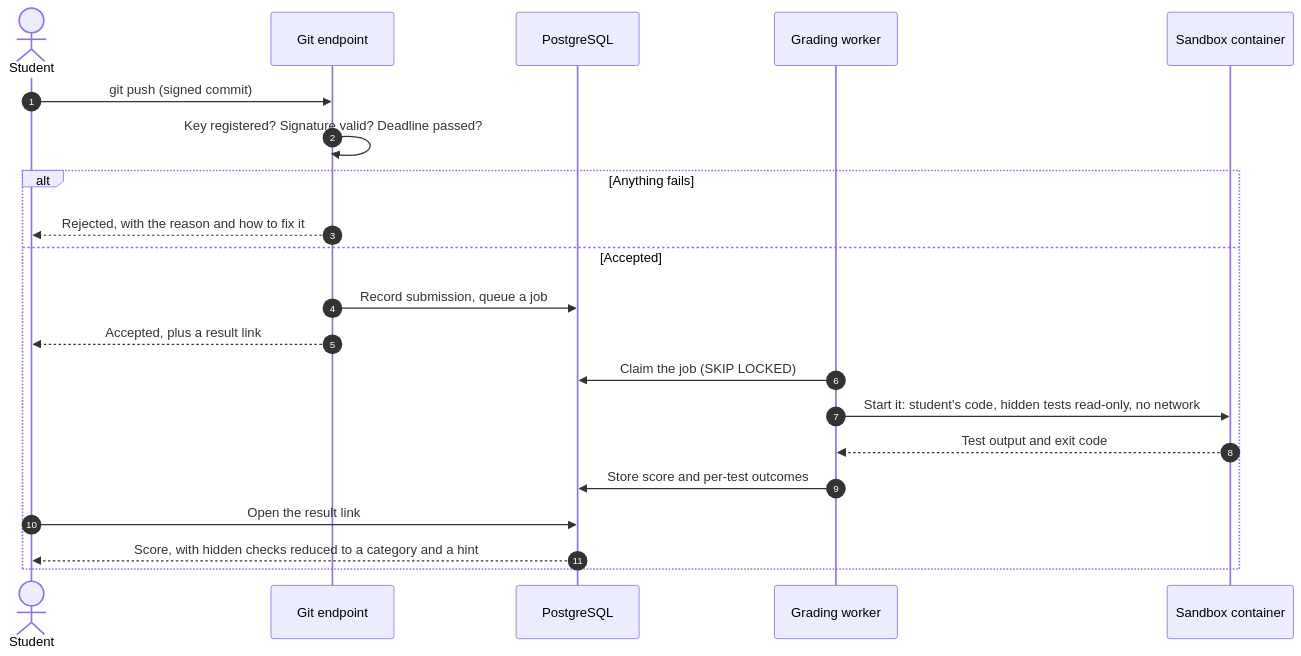
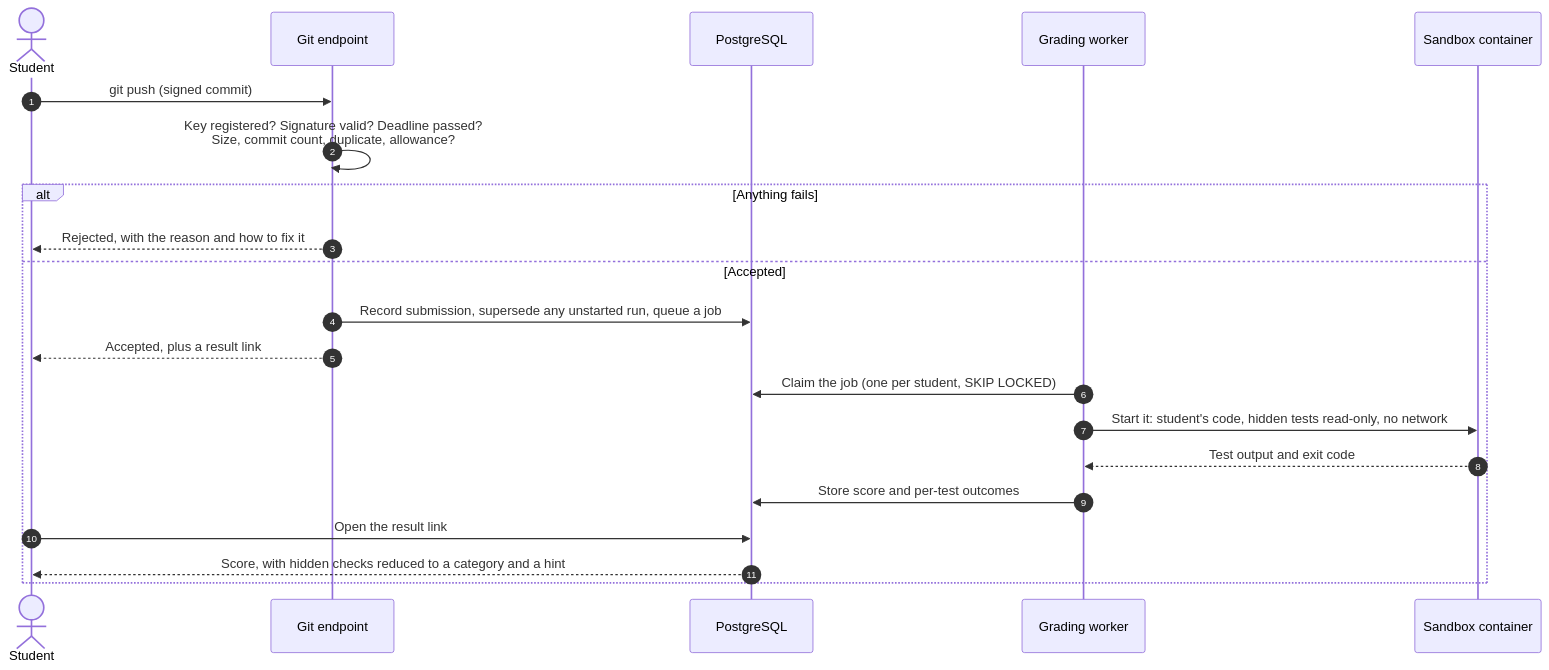
The third of 3 diagrams in docs/architecture.md (git-grader/gitgrader), drawn with Mermaid before and after one commit. The commit also changed other lines of this file, not shown here.

Commit message:
docs: show that only the newest unstarted submission is graded

````diff
--- a/docs/architecture.md
+++ b/docs/architecture.md
@@ -120,24 +120,24 @@
 ```mermaid
 sequenceDiagram
     autonumber
     actor S as Student
     participant SSH as Git endpoint
     participant DB as PostgreSQL
     participant W as Grading worker
     participant Sandbox as Sandbox container
 
     S->>SSH: git push (signed commit)
-    SSH->>SSH: Key registered? Signature valid? Deadline passed?
+    SSH->>SSH: Key registered? Signature valid? Deadline passed?<br/>Size, commit count, duplicate, allowance?
     alt Anything fails
         SSH-->>S: Rejected, with the reason and how to fix it
     else Accepted
-        SSH->>DB: Record submission, queue a job
+        SSH->>DB: Record submission, supersede any unstarted run, queue a job
         SSH-->>S: Accepted, plus a result link
-        W->>DB: Claim the job (SKIP LOCKED)
+        W->>DB: Claim the job (one per student, SKIP LOCKED)
         W->>Sandbox: Start it: student's code, hidden tests read-only, no network
         Sandbox-->>W: Test output and exit code
         W->>DB: Store score and per-test outcomes
         S->>DB: Open the result link
         DB-->>S: Score, with hidden checks reduced to a category and a hint
     end
 ```
````
